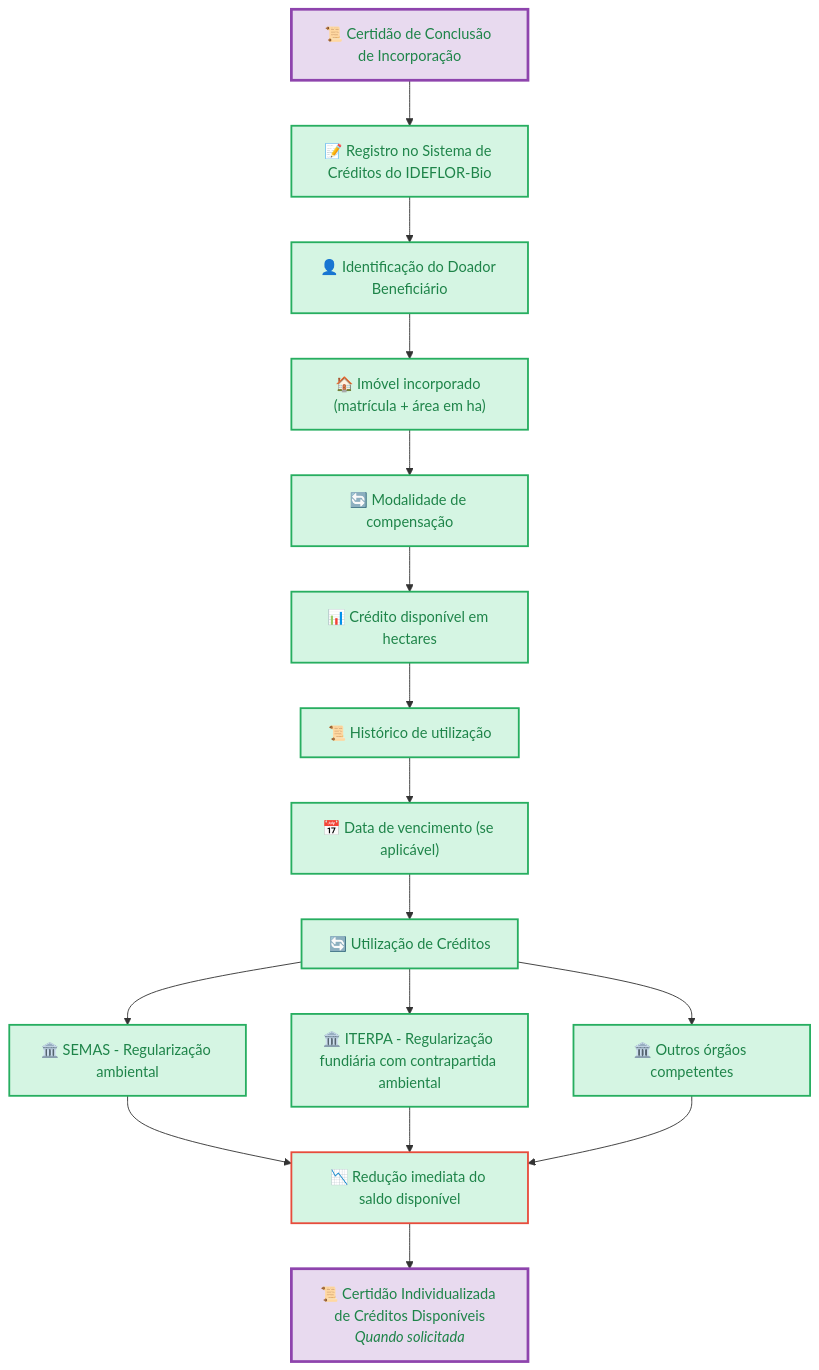
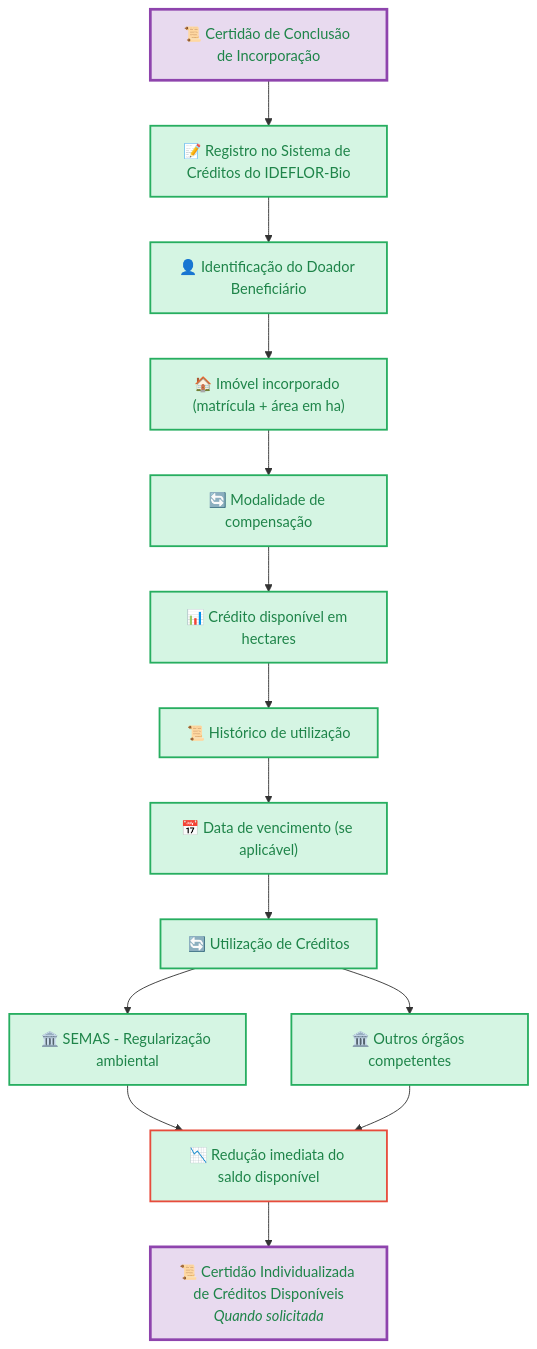
One commit to NGEO-IDEFLOR-Bio/certFundiaria-uces-pa changed the diagram in docs/03-fluxos/imagens/09-creditos.mmd. Above: the diagram before and after it, drawn with Mermaid. The commit also changed 31 other files, not shown here.

Commit message:
docs: atualiza especificacoes de planejamento e diagramas com a IN Conjunta oficial 2026

```diff
--- a/docs/03-fluxos/imagens/09-creditos.mmd
+++ b/docs/03-fluxos/imagens/09-creditos.mmd
@@ -1,30 +1,28 @@
 flowchart TD
     classDef ideflor fill:#D5F5E3,stroke:#27AE60,stroke-width:2px,color:#1E8449
     classDef documento fill:#E8DAEF,stroke:#8E44AD,stroke-width:2px,color:#1E8449
     classDef entrada fill:#FFFFFF,stroke:#2C3E50,stroke-width:2px,color:#2C3E50
 
     CCI["📜 Certidão de Conclusão de Incorporação"]:::documento
     --> REG["📝 Registro no Sistema de Créditos do IDEFLOR-Bio"]:::ideflor
 
     REG --> D1["👤 Identificação do Doador Beneficiário"]:::ideflor
     D1 --> D2["🏠 Imóvel incorporado (matrícula + área em ha)"]:::ideflor
     D2 --> D3["🔄 Modalidade de compensação"]:::ideflor
     D3 --> D4["📊 Crédito disponível em hectares"]:::ideflor
     D4 --> D5["📜 Histórico de utilização"]:::ideflor
     D5 --> D6["📅 Data de vencimento (se aplicável)"]:::ideflor
 
     D6 --> UTIL["🔄 Utilização de Créditos"]:::ideflor
 
     UTIL --> U1["🏛️ SEMAS - Regularização ambiental"]:::ideflor
-    UTIL --> U2["🏛️ ITERPA - Regularização fundiária com contrapartida ambiental"]:::ideflor
     UTIL --> U3["🏛️ Outros órgãos competentes"]:::ideflor
 
     U1 --> RED["📉 Redução imediata do saldo disponível"]:::ideflor
-    U2 --> RED
     U3 --> RED
 
     RED --> CERT["📜 Certidão Individualizada de Créditos Disponíveis<br/><i>Quando solicitada</i>"]:::documento
 
     style CCI stroke-width:3px
     style RED stroke:#E74C3C,stroke-width:2px
     style CERT stroke-width:3px
```
